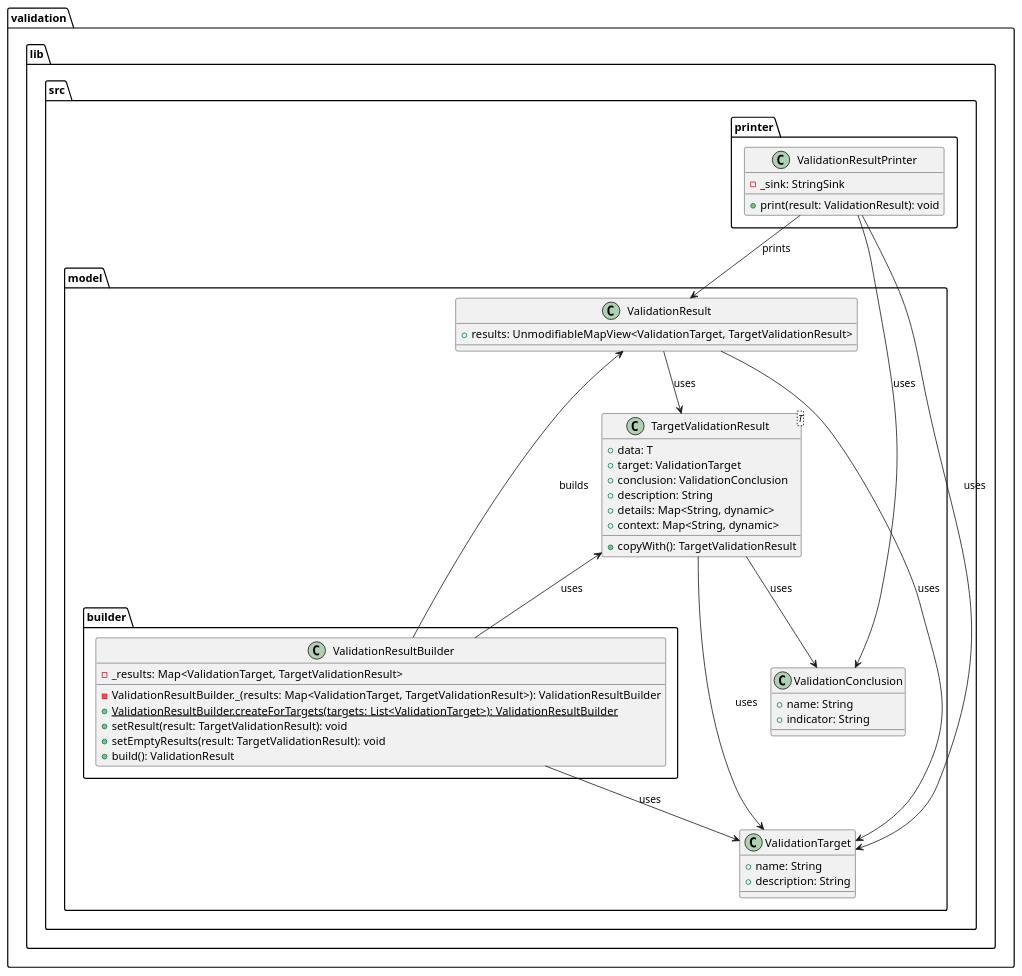
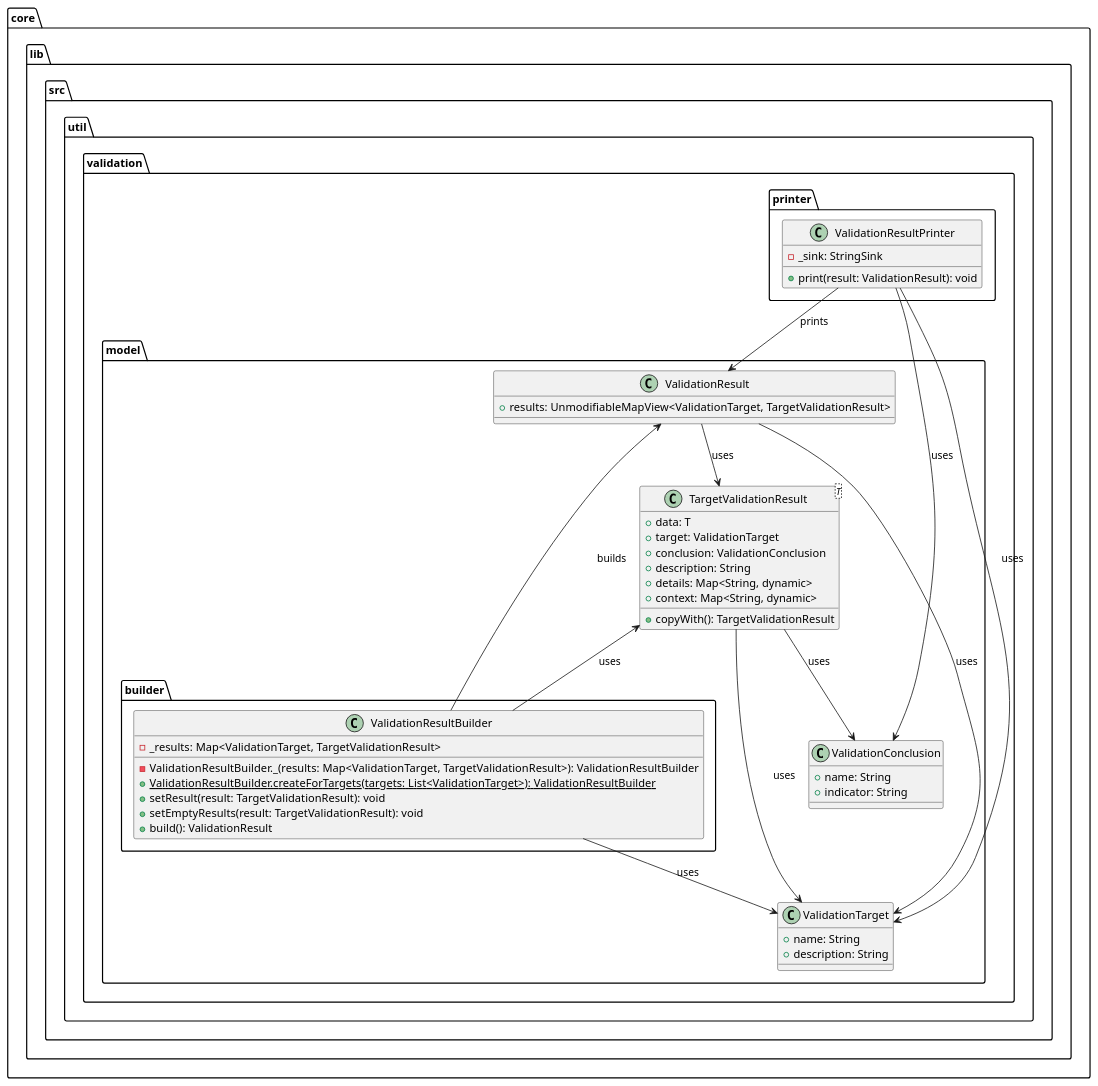
The diagram in metrics/cli/docs/features/doctor_output_improvements/diagrams/validation_class_diagram.puml (Flank/flank-dashboard), drawn with PlantUML before and after one commit. The commit also changed 7 other files, not shown here.

Commit message:
Add validation package to metrics core

```diff
--- a/metrics/cli/docs/features/doctor_output_improvements/diagrams/validation_class_diagram.puml
+++ b/metrics/cli/docs/features/doctor_output_improvements/diagrams/validation_class_diagram.puml
@@ -1,66 +1,66 @@
 @startuml validation_output_class_diagram
 
-package validation.lib.src {
+package core.lib.src.util.validation {
     package model {
         package builder {
             class ValidationResultBuilder {
                 - _results: Map<ValidationTarget, TargetValidationResult>
 
                 - ValidationResultBuilder._(results: Map<ValidationTarget, TargetValidationResult>): ValidationResultBuilder
                 + {static} ValidationResultBuilder.createForTargets(targets: List<ValidationTarget>): ValidationResultBuilder
                 + setResult(result: TargetValidationResult): void
                 + setEmptyResults(result: TargetValidationResult): void
                 + build(): ValidationResult
             }
         }
 
         class ValidationTarget {
             + name: String
             + description: String
         }
 
         class ValidationConclusion {
             + name: String
             + indicator: String
         }
 
         class TargetValidationResult<T> {
             + data: T
             + target: ValidationTarget
             + conclusion: ValidationConclusion
             + description: String
             + details: Map<String, dynamic>
             + context: Map<String, dynamic>
 
             + copyWith(): TargetValidationResult
         }
 
         class ValidationResult{
             + results: UnmodifiableMapView<ValidationTarget, TargetValidationResult>
         }
     }
 
     package printer {
         class ValidationResultPrinter{
             - _sink: StringSink
 
             + print(result: ValidationResult): void
         }
     }
 }
 
 TargetValidationResult --> ValidationTarget : uses
 TargetValidationResult --> ValidationConclusion : uses
 
 ValidationResult --> TargetValidationResult : uses
 ValidationResult --> ValidationTarget : uses
 
 ValidationResultBuilder -up-> ValidationResult : builds
 ValidationResultBuilder --> ValidationTarget : uses
 ValidationResultBuilder -up-> TargetValidationResult : uses
 
 ValidationResultPrinter --> ValidationConclusion : uses
 ValidationResultPrinter --> ValidationTarget : uses
 ValidationResultPrinter --> ValidationResult : prints
 
 @enduml
```
